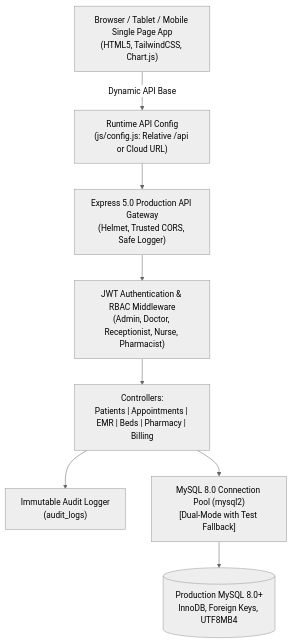
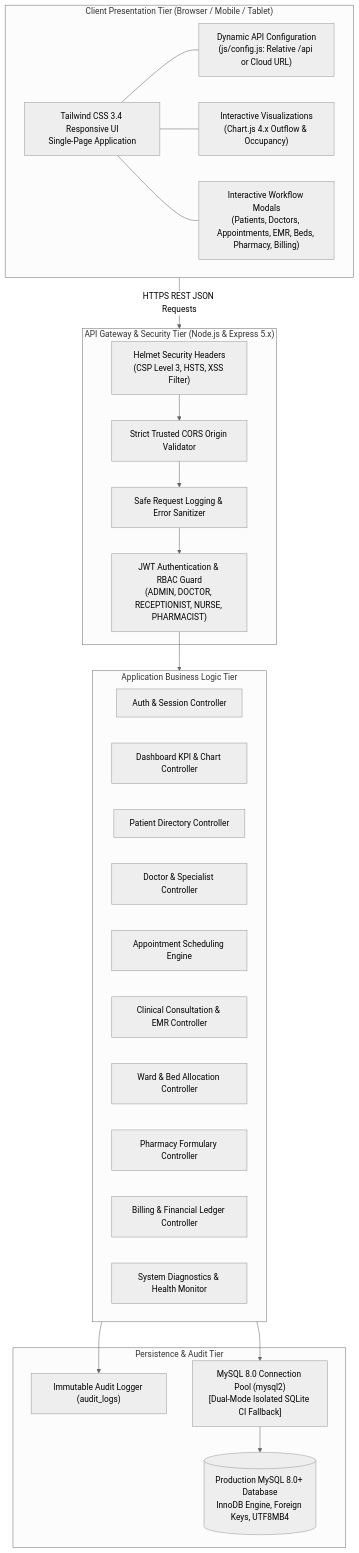
Before and after one commit to danishalipny-pixel/NovaCare-Medical-Center: the diagram in README.md, drawn with Mermaid (neutral theme). The commit also changed other lines of this file and 2 other files, not shown here.

````diff
--- a/README.md
+++ b/README.md
@@ -16,18 +59,46 @@
 ```mermaid
 flowchart TD
-    Client["Browser / Tablet / Mobile Single Page App\n(HTML5, TailwindCSS, Chart.js)"]
-    Config["Runtime API Config\n(js/config.js: Relative /api or Cloud URL)"]
-    Express["Express 5.0 Production API Gateway\n(Helmet, Trusted CORS, Safe Logger)"]
-    Auth["JWT Authentication & RBAC Middleware\n(Admin, Doctor, Receptionist, Nurse, Pharmacist)"]
-    Audit["Immutable Audit Logger\n(audit_logs)"]
-    DBPool["MySQL 8.0 Connection Pool (mysql2)\n[Dual-Mode with Test Fallback]"]
-    MySQL[("Production MySQL 8.0+\nInnoDB, Foreign Keys, UTF8MB4")]
+    subgraph Frontend ["Client Presentation Tier (Browser / Mobile / Tablet)"]
+        UI["Tailwind CSS 3.4 Responsive UI\nSingle-Page Application"]
+        Config["Dynamic API Configuration\n(js/config.js: Relative /api or Cloud URL)"]
+        Charts["Interactive Visualizations\n(Chart.js 4.x Outflow & Occupancy)"]
+        Modals["Interactive Workflow Modals\n(Patients, Doctors, Appointments, EMR, Beds, Pharmacy, Billing)"]
+        UI --- Config
+        UI --- Charts
+        UI --- Modals
+    end
 
-    Client -->|Dynamic API Base| Config
-    Config --> Express
-    Express --> Auth
-    Auth --> Controllers["Controllers:\nPatients | Appointments | EMR | Beds | Pharmacy | Billing"]
+    subgraph Gateway ["API Gateway & Security Tier (Node.js & Express 5.x)"]
+        Helmet["Helmet Security Headers\n(CSP Level 3, HSTS, XSS Filter)"]
+        CORS["Strict Trusted CORS Origin Validator"]
+        RateLimit["Safe Request Logging & Error Sanitizer"]
+        AuthMiddleware["JWT Authentication & RBAC Guard\n(ADMIN, DOCTOR, RECEPTIONIST, NURSE, PHARMACIST)"]
+        
+        Helmet --> CORS --> RateLimit --> AuthMiddleware
+    end
+
+    subgraph Controllers ["Application Business Logic Tier"]
+        C_Auth["Auth & Session Controller"]
+        C_Dash["Dashboard KPI & Chart Controller"]
+        C_Pat["Patient Directory Controller"]
+        C_Doc["Doctor & Specialist Controller"]
+        C_App["Appointment Scheduling Engine"]
+        C_EMR["Clinical Consultation & EMR Controller"]
+        C_Bed["Ward & Bed Allocation Controller"]
+        C_Pharm["Pharmacy Formulary Controller"]
+        C_Bill["Billing & Financial Ledger Controller"]
+        C_Diag["System Diagnostics & Health Monitor"]
+    end
+
+    subgraph Data ["Persistence & Audit Tier"]
+        Audit["Immutable Audit Logger (audit_logs)"]
+        Pool["MySQL 8.0 Connection Pool (mysql2)\n[Dual-Mode Isolated SQLite CI Fallback]"]
+        MySQL[("Production MySQL 8.0+ Database\nInnoDB Engine, Foreign Keys, UTF8MB4")]
+    end
+
+    Frontend -->|HTTPS REST JSON Requests| Gateway
+    AuthMiddleware --> Controllers
     Controllers --> Audit
-    Controllers --> DBPool
-    DBPool --> MySQL
+    Controllers --> Pool
+    Pool --> MySQL
 ```
````
